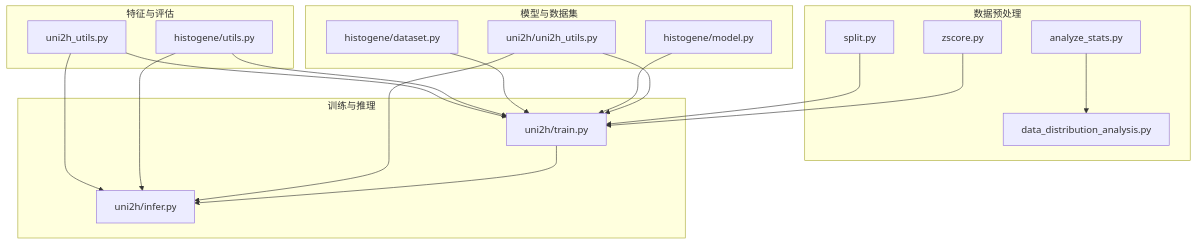
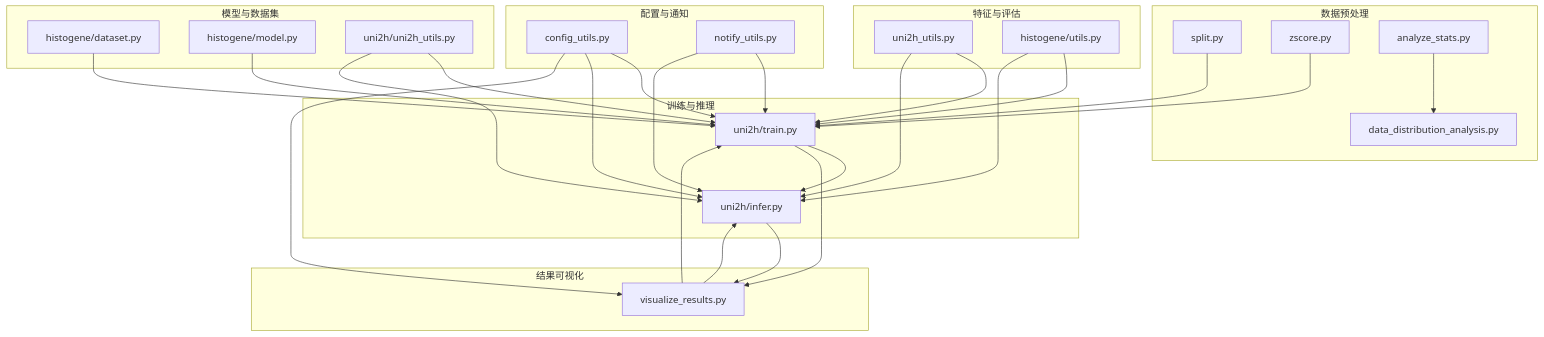
Before and after one commit to qzs610038-star/AI-esophagus-cancer-basedon-HF-HT: the second of 8 diagrams in .qoder/repowiki/zh/content/工具函数库.md, drawn with Mermaid. The commit also changed other lines of this file and 14 other files, not shown here.

````diff
--- a/.qoder/repowiki/zh/content/工具函数库.md
+++ b/.qoder/repowiki/zh/content/工具函数库.md
@@ -94,34 +117,50 @@
 ```mermaid
 graph TB
 subgraph "数据预处理"
 S["split.py"]
 Z["zscore.py"]
 AS["analyze_stats.py"]
 DA["data_distribution_analysis.py"]
 end
 subgraph "特征与评估"
 U["uni2h_utils.py"]
 HU["histogene/utils.py"]
 end
 subgraph "模型与数据集"
 HD["histogene/dataset.py"]
 HM["histogene/model.py"]
 UD["uni2h/uni2h_utils.py"]
 end
+subgraph "配置与通知"
+CU["config_utils.py"]
+NU["notify_utils.py"]
+end
+subgraph "结果可视化"
+VR["visualize_results.py"]
+end
 subgraph "训练与推理"
 T["uni2h/train.py"]
 I["uni2h/infer.py"]
 end
 S --> T
 Z --> T
 AS --> DA
 U --> T
 U --> I
 HU --> T
 HU --> I
 HD --> T
 HM --> T
 UD --> T
 UD --> I
+CU --> T
+CU --> I
+CU --> VR
+NU --> T
+NU --> I
+VR --> T
+VR --> I
 T --> I
+T --> VR
+I --> VR
 ```
````
